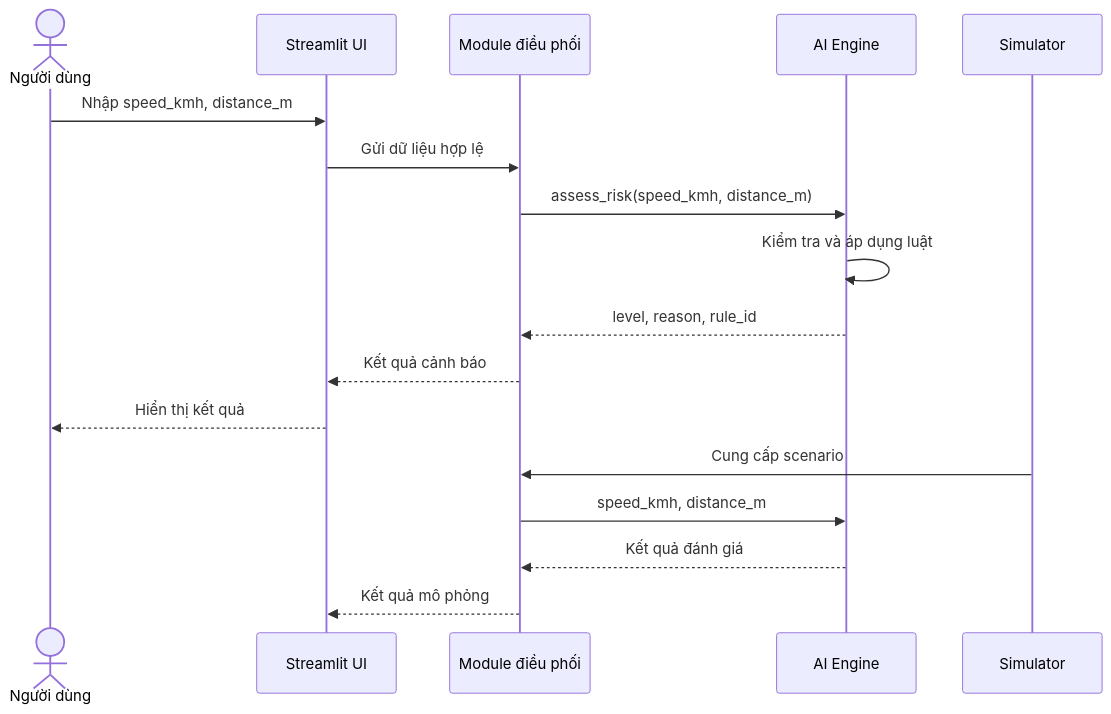
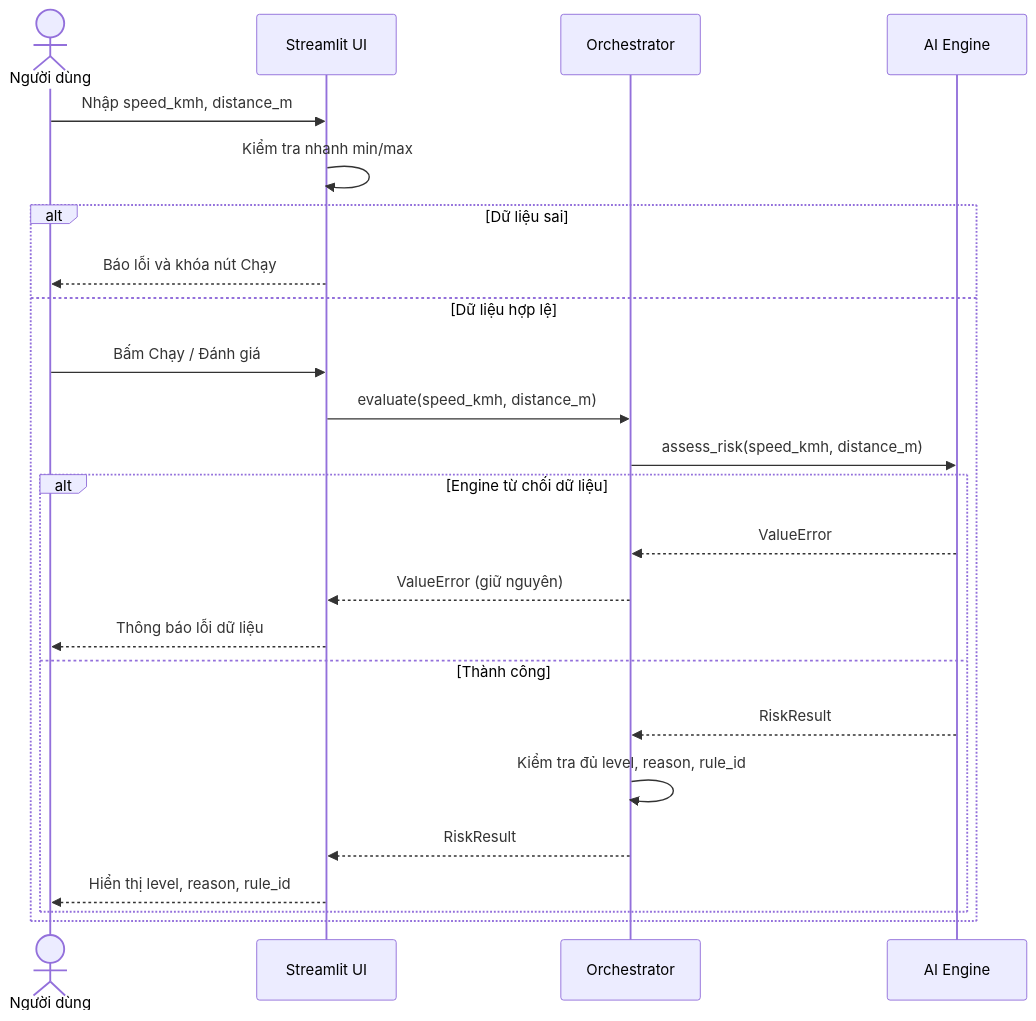
Before and after one commit to foxyy163/Mo-phong-he-thong-canh-bao-va-cham-TTNT: the fourth of 8 diagrams in docs/week 1/architecture.md, drawn with Mermaid. The commit also changed other lines of this file, not shown here.

````diff
--- a/docs/week 1/architecture.md
+++ b/docs/week 1/architecture.md
@@ -485,21 +403,27 @@
 ```mermaid
 sequenceDiagram
-    actor User as Người dùng
+    actor U as Người dùng
     participant UI as Streamlit UI
-    participant O as Module điều phối
+    participant O as Orchestrator
     participant AI as AI Engine
-    participant Sim as Simulator
 
-    User->>UI: Nhập speed_kmh, distance_m
-    UI->>O: Gửi dữ liệu hợp lệ
-    O->>AI: assess_risk(speed_kmh, distance_m)
-    AI->>AI: Kiểm tra và áp dụng luật
-    AI-->>O: level, reason, rule_id
-    O-->>UI: Kết quả cảnh báo
-    UI-->>User: Hiển thị kết quả
-
-    Sim->>O: Cung cấp scenario
-    O->>AI: speed_kmh, distance_m
-    AI-->>O: Kết quả đánh giá
-    O-->>UI: Kết quả mô phỏng
+    U->>UI: Nhập speed_kmh, distance_m
+    UI->>UI: Kiểm tra nhanh min/max
+    alt Dữ liệu sai
+        UI-->>U: Báo lỗi và khóa nút Chạy
+    else Dữ liệu hợp lệ
+        U->>UI: Bấm Chạy / Đánh giá
+        UI->>O: evaluate(speed_kmh, distance_m)
+        O->>AI: assess_risk(speed_kmh, distance_m)
+        alt Engine từ chối dữ liệu
+            AI-->>O: ValueError
+            O-->>UI: ValueError (giữ nguyên)
+            UI-->>U: Thông báo lỗi dữ liệu
+        else Thành công
+            AI-->>O: RiskResult
+            O->>O: Kiểm tra đủ level, reason, rule_id
+            O-->>UI: RiskResult
+            UI-->>U: Hiển thị level, reason, rule_id
+        end
+    end
 ```
````
